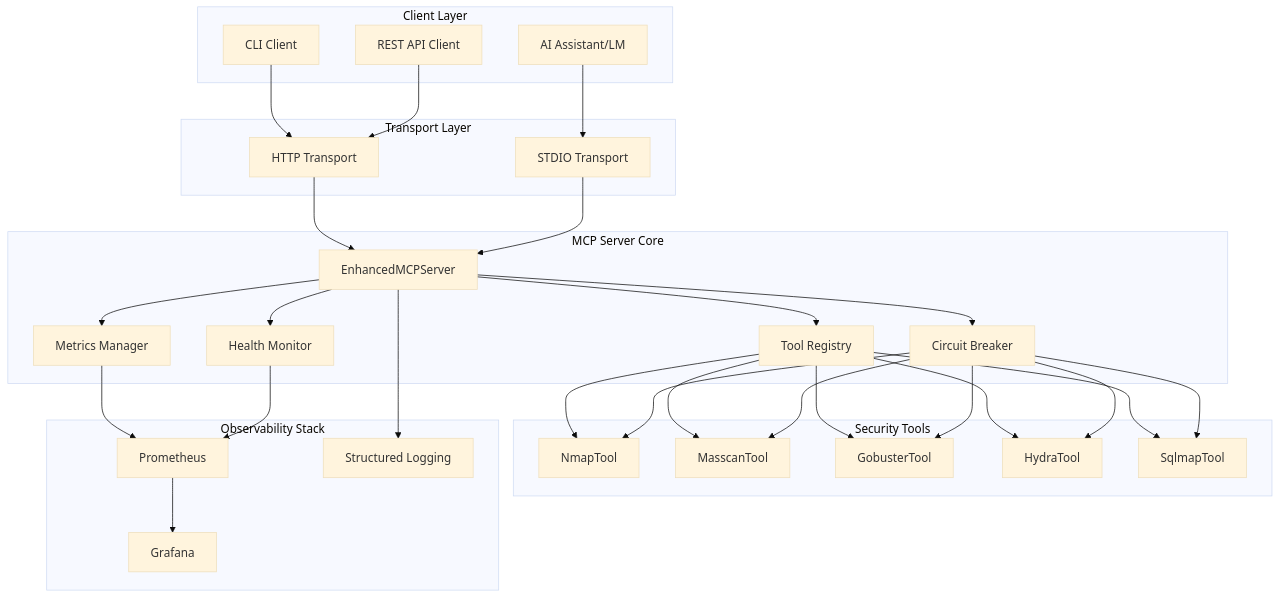
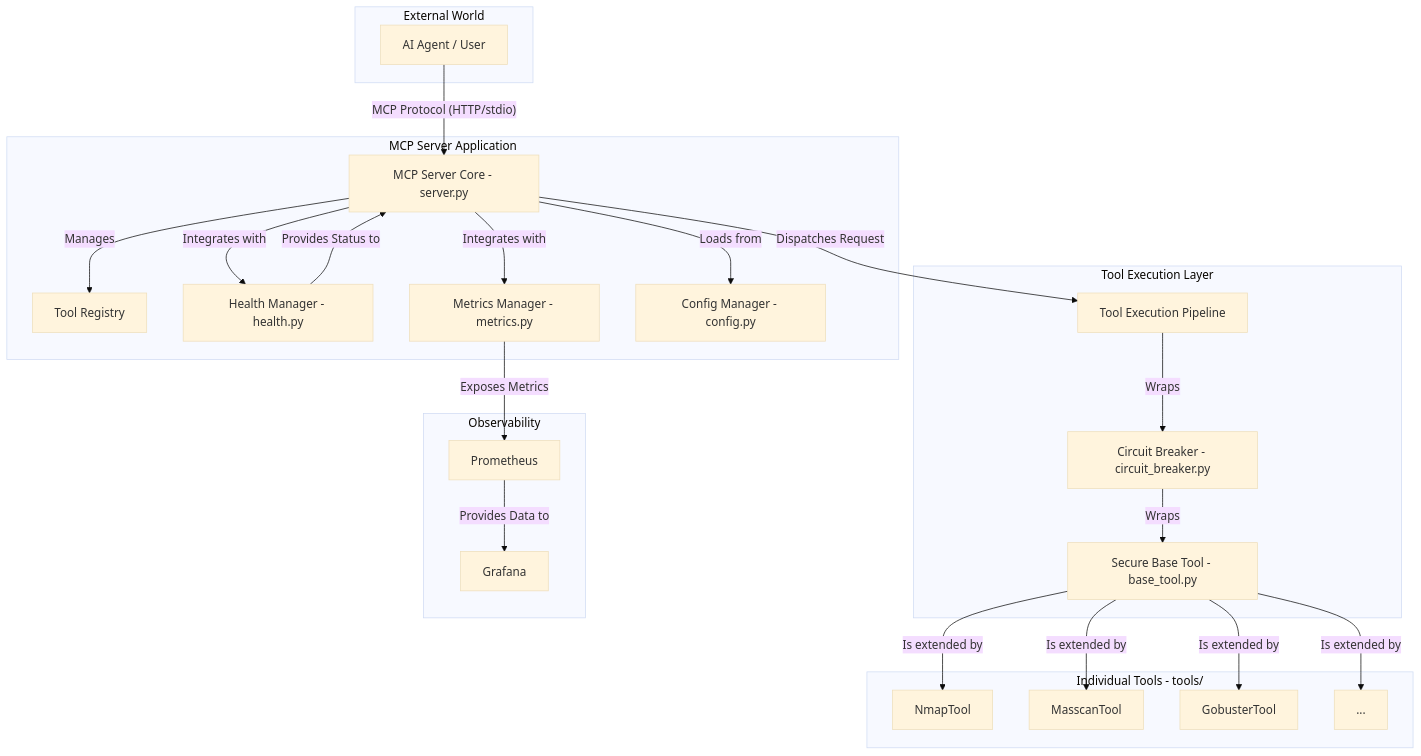
Before and after one commit to nordeim/Security-MCP-Server-v3: the first of 3 diagrams in Project_Architecture_Document.md, drawn with Mermaid (base theme). The commit also changed other lines of this file and 15 other files, not shown here.

````diff
--- a/Project_Architecture_Document.md
+++ b/Project_Architecture_Document.md
@@ -34,65 +11,50 @@
 ```mermaid
-graph TB
-    subgraph "Client Layer"
-        CLI[CLI Client]
-        API[REST API Client]
-        LLM[AI Assistant/LM]
+graph TD
+    subgraph "External World"
+        A[AI Agent / User]
     end
-    
-    subgraph "Transport Layer"
-        HTTP[HTTP Transport]
-        STDIO[STDIO Transport]
+
+    subgraph "MCP Server Application"
+        B[MCP Server Core - server.py]
+        C[Tool Registry]
+        D[Health Manager - health.py]
+        E[Metrics Manager - metrics.py]
+        F[Config Manager - config.py]
     end
-    
-    subgraph "MCP Server Core"
-        SERVER[EnhancedMCPServer]
-        REGISTRY[Tool Registry]
-        CB[Circuit Breaker]
-        HEALTH[Health Monitor]
-        METRICS[Metrics Manager]
+
+    subgraph "Tool Execution Layer"
+        G[Tool Execution Pipeline]
+        H[Circuit Breaker - circuit_breaker.py]
+        I[Secure Base Tool - base_tool.py]
     end
-    
-    subgraph "Security Tools"
-        NMAP[NmapTool]
-        MASS[MasscanTool]
-        GOB[GobusterTool]
-        HYDRA[HydraTool]
-        SQL[SqlmapTool]
+
+    subgraph "Individual Tools - tools/"
+        J[NmapTool]
+        K[MasscanTool]
+        L[GobusterTool]
+        M[...]
     end
-    
-    subgraph "Observability Stack"
-        PROM[Prometheus]
-        GRAF[Grafana]
-        LOGS[Structured Logging]
+
+    subgraph "Observability"
+        N[Prometheus]
+        O[Grafana]
     end
-    
-    CLI --> HTTP
-    API --> HTTP
-    LLM --> STDIO
-    
-    HTTP --> SERVER
-    STDIO --> SERVER
-    
-    SERVER --> REGISTRY
-    SERVER --> CB
-    SERVER --> HEALTH
-    SERVER --> METRICS
-    
-    REGISTRY --> NMAP
-    REGISTRY --> MASS
-    REGISTRY --> GOB
-    REGISTRY --> HYDRA
-    REGISTRY --> SQL
-    
-    CB --> NMAP
-    CB --> MASS
-    CB --> GOB
-    CB --> HYDRA
-    CB --> SQL
-    
-    METRICS --> PROM
-    HEALTH --> PROM
-    SERVER --> LOGS
-    
-    PROM --> GRAF
+
+    A -- MCP Protocol (HTTP/stdio) --> B
+    B -- Manages --> C
+    B -- Integrates with --> D
+    B -- Integrates with --> E
+    B -- Loads from --> F
+
+    B -- Dispatches Request --> G
+    G -- Wraps --> H
+    H -- Wraps --> I
+    I -- Is extended by --> J
+    I -- Is extended by --> K
+    I -- Is extended by --> L
+    I -- Is extended by --> M
+
+    E -- Exposes Metrics --> N
+    N -- Provides Data to --> O
+    D -- Provides Status to --> B
 ```
````
